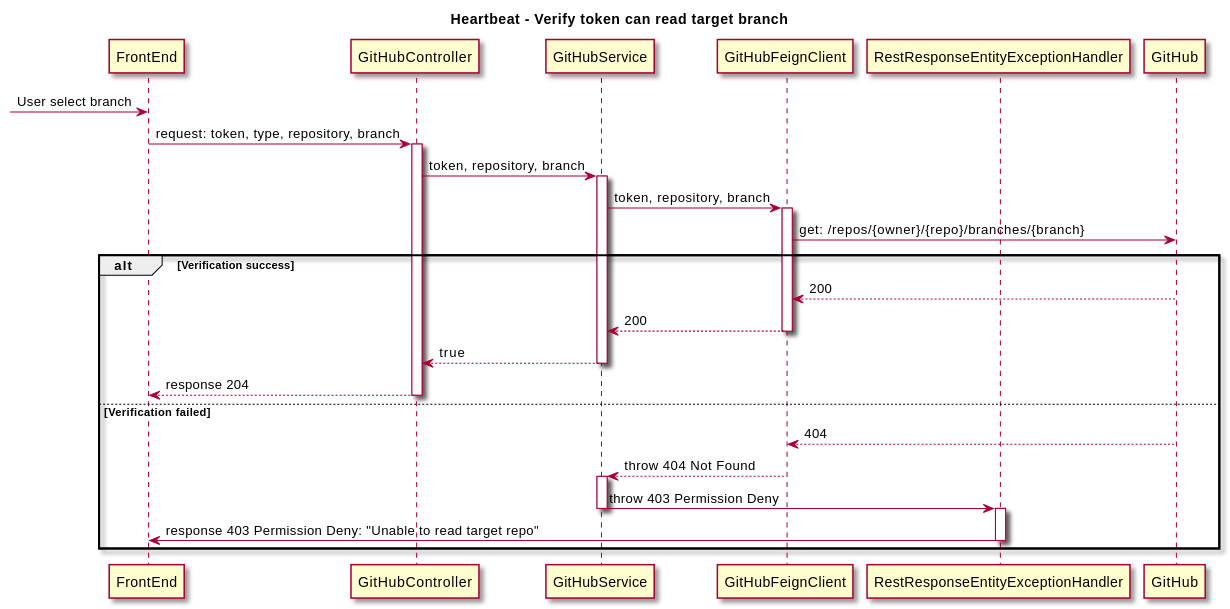
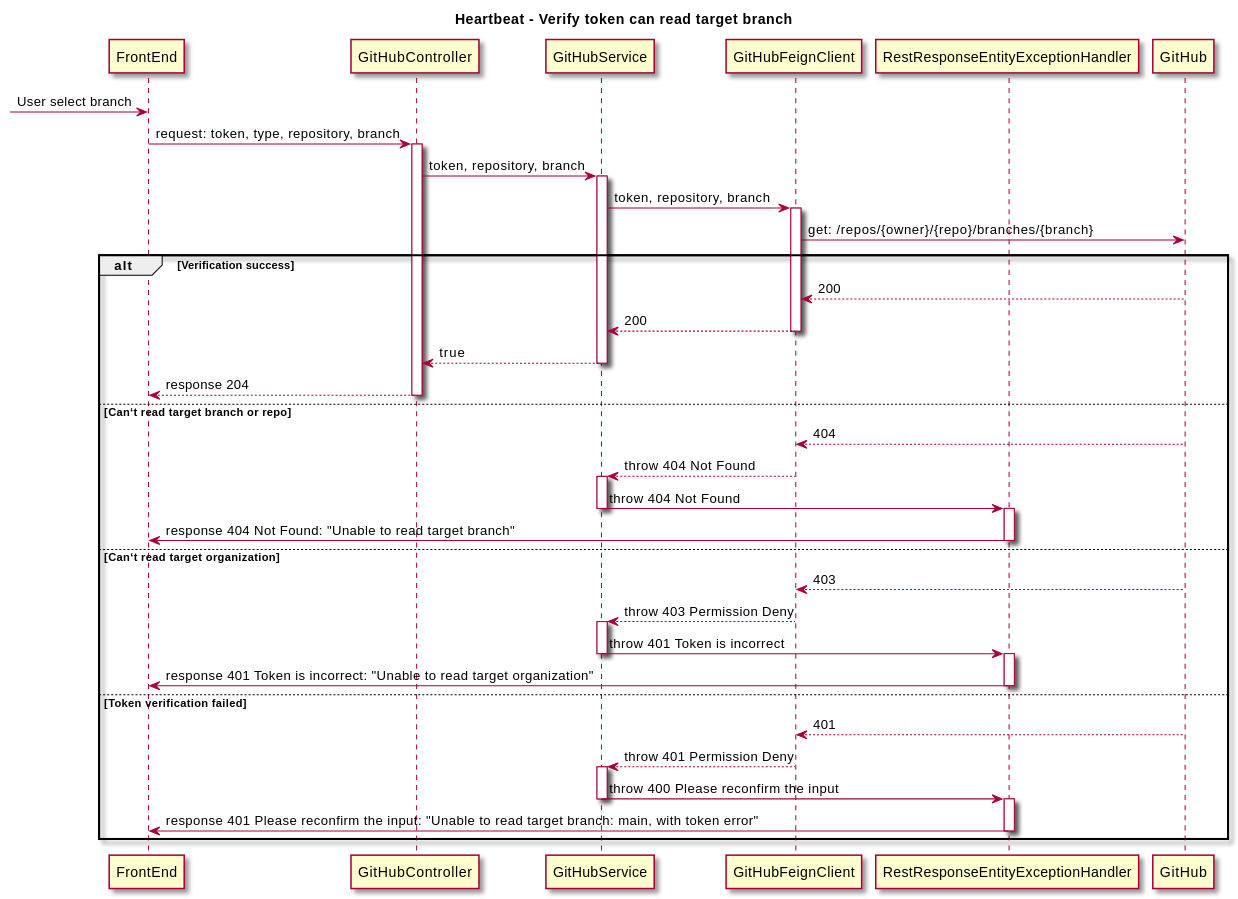
Before and after one commit to thoughtworks/HeartBeat: the second of 2 diagrams in docs/src/content/docs/en/spikes/tech-spikes-split-verification-of-github.mdx, drawn with PlantUML. The commit also changed other lines of this file, not shown here.

Commit message:
ADM-865[docs] feat: add new exception (#1317)

````diff
--- a/docs/src/content/docs/en/spikes/tech-spikes-split-verification-of-github.mdx
+++ b/docs/src/content/docs/en/spikes/tech-spikes-split-verification-of-github.mdx
@@ -182,45 +186,71 @@
 ```plantuml
 @startuml
 skin rose
 title Heartbeat - Verify token can read target branch
 
 participant FrontEnd
 participant GitHubController
 participant GitHubService
 participant GitHubFeignClient
 participant RestResponseEntityExceptionHandler
 participant GitHub
 
 ' group Verify token can read target branch
     -> FrontEnd: User select branch
     FrontEnd -> GitHubController: request: token, type, repository, branch
     activate GitHubController
     GitHubController -> GitHubService: token, repository, branch
     activate GitHubService
     GitHubService -> GitHubFeignClient: token, repository, branch
     activate GitHubFeignClient
     GitHubFeignClient -> GitHub: get: /repos/{owner}/{repo}/branches/{branch}
 alt Verification success
     GitHub --> GitHubFeignClient: 200
     GitHubFeignClient --> GitHubService: 200
     deactivate GitHubFeignClient
     GitHubService --> GitHubController: true
     deactivate GitHubService
     GitHubController --> FrontEnd: response 204
     deactivate GitHubController
-else Verification failed
+else Can‘t read target branch or repo
     GitHub --> GitHubFeignClient: 404
     GitHubFeignClient --> GitHubService: throw 404 Not Found
     deactivate GitHubFeignClient
     activate GitHubService
-    GitHubService -> RestResponseEntityExceptionHandler: throw 403 Permission Deny
+    GitHubService -> RestResponseEntityExceptionHandler: throw 404 Not Found
     deactivate GitHubService
     deactivate GitHubFeignClient
     activate RestResponseEntityExceptionHandler
-    RestResponseEntityExceptionHandler -> FrontEnd: response 403 Permission Deny: "Unable to read target repo"
+    RestResponseEntityExceptionHandler -> FrontEnd: response 404 Not Found: "Unable to read target branch"
+    deactivate RestResponseEntityExceptionHandler
+    ' deactivate GitHubService
+    ' deactivate GitHubController
+else Can‘t read target organization
+    GitHub --> GitHubFeignClient: 403
+    GitHubFeignClient --> GitHubService: throw 403 Permission Deny
+    deactivate GitHubFeignClient
+    activate GitHubService
+    GitHubService -> RestResponseEntityExceptionHandler: throw 401 Token is incorrect
+    deactivate GitHubService
+    deactivate GitHubFeignClient
+    activate RestResponseEntityExceptionHandler
+    RestResponseEntityExceptionHandler -> FrontEnd: response 401 Token is incorrect: "Unable to read target organization"
+    deactivate RestResponseEntityExceptionHandler
+    ' deactivate GitHubService
+    ' deactivate GitHubController
+else Token verification failed
+    GitHub --> GitHubFeignClient: 401
+    GitHubFeignClient --> GitHubService: throw 401 Permission Deny
+    deactivate GitHubFeignClient
+    activate GitHubService
+    GitHubService -> RestResponseEntityExceptionHandler: throw 400 Please reconfirm the input
+    deactivate GitHubService
+    deactivate GitHubFeignClient
+    activate RestResponseEntityExceptionHandler
+    RestResponseEntityExceptionHandler -> FrontEnd: response 401 Please reconfirm the input: "Unable to read target branch: main, with token error"
     deactivate RestResponseEntityExceptionHandler
     ' deactivate GitHubService
     ' deactivate GitHubController
 end
 @enduml
 ```
````
